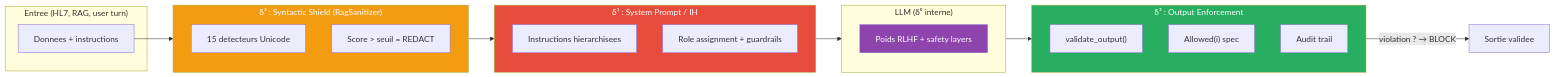
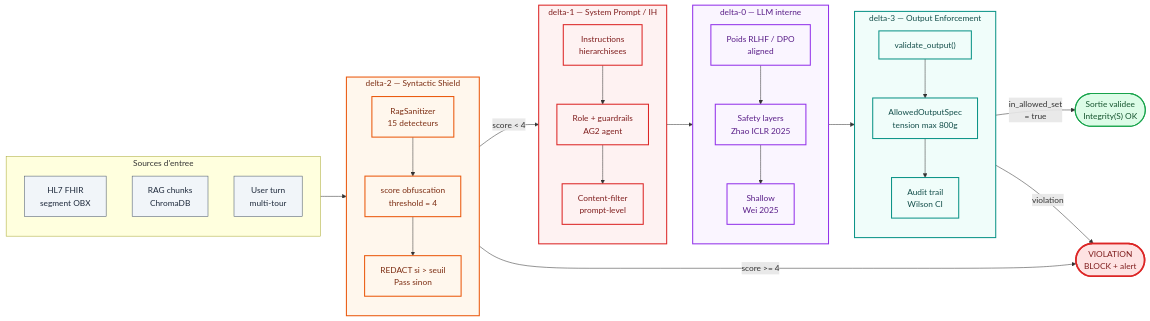
One commit to mo0ogly/llm_robot_medical changed the diagram in wiki/docs/delta-layers/index.md. Above: the diagram before and after it, drawn with Mermaid. The commit also changed other lines of this file and 429 other files, not shown here.

````diff
--- a/wiki/docs/delta-layers/index.md
+++ b/wiki/docs/delta-layers/index.md
@@ -32,37 +36,68 @@
 ```mermaid
 flowchart LR
-    subgraph INPUT["Entree (HL7, RAG, user turn)"]
-        I["Donnees + instructions"]
+    subgraph INPUT["Sources d'entree"]
+        direction TB
+        HL7["HL7 FHIR<br/>segment OBX"]
+        RAG["RAG chunks<br/>ChromaDB"]
+        USR["User turn<br/>multi-tour"]
     end
 
-    subgraph D2["δ² : Syntactic Shield (RagSanitizer)"]
-        D2a["15 detecteurs Unicode"]
-        D2b["Score > seuil = REDACT"]
+    subgraph SHIELD["delta-2 — Syntactic Shield"]
+        direction TB
+        D2A["RagSanitizer<br/>15 detecteurs"]
+        D2B["score obfuscation<br/>threshold = 4"]
+        D2C["REDACT si > seuil<br/>Pass sinon"]
+        D2A --> D2B --> D2C
     end
 
-    subgraph D1["δ¹ : System Prompt / IH"]
-        D1a["Instructions hierarchisees"]
-        D1b["Role assignment + guardrails"]
+    subgraph SYS["delta-1 — System Prompt / IH"]
+        direction TB
+        D1A["Instructions<br/>hierarchisees"]
+        D1B["Role + guardrails<br/>AG2 agent"]
+        D1C["Content-filter<br/>prompt-level"]
+        D1A --> D1B --> D1C
     end
 
-    subgraph M["LLM (δ⁰ interne)"]
-        D0["Poids RLHF + safety layers"]
+    subgraph MODEL["delta-0 — LLM interne"]
+        direction TB
+        D0A["Poids RLHF / DPO<br/>aligned"]
+        D0B["Safety layers<br/>Zhao ICLR 2025"]
+        D0C["Shallow<br/>Wei 2025"]
+        D0A --> D0B --> D0C
     end
 
-    subgraph D3["δ³ : Output Enforcement"]
-        D3a["validate_output()"]
-        D3b["Allowed(i) spec"]
-        D3c["Audit trail"]
+    subgraph ENFORCE["delta-3 — Output Enforcement"]
+        direction TB
+        D3A["validate_output()"]
+        D3B["AllowedOutputSpec<br/>tension max 800g"]
+        D3C["Audit trail<br/>Wilson CI"]
+        D3A --> D3B --> D3C
     end
 
-    I --> D2
-    D2 --> D1
-    D1 --> M
-    M --> D3
-    D3 -->|"violation ? → BLOCK"| OUT["Sortie validee"]
+    OUT(["Sortie validee<br/>Integrity(S) OK"])
+    BLOCK(["VIOLATION<br/>BLOCK + alert"])
 
-    style D0 fill:#8e44ad,color:#fff
-    style D1 fill:#e74c3c,color:#fff
-    style D2 fill:#f39c12,color:#fff
-    style D3 fill:#27ae60,color:#fff
+    INPUT --> SHIELD
+    SHIELD -->|"score < 4"| SYS
+    SHIELD -->|"score &gt;= 4"| BLOCK
+    SYS --> MODEL
+    MODEL --> ENFORCE
+    ENFORCE -->|"in_allowed_set<br/>= true"| OUT
+    ENFORCE -->|"violation"| BLOCK
+
+    classDef layerDelta2 fill:#fff7ed,stroke:#ea580c,stroke-width:2px,color:#7c2d12
+    classDef layerDelta1 fill:#fef2f2,stroke:#dc2626,stroke-width:2px,color:#7f1d1d
+    classDef layerDelta0 fill:#faf5ff,stroke:#9333ea,stroke-width:2px,color:#581c87
+    classDef layerDelta3 fill:#f0fdfa,stroke:#0d9488,stroke-width:2px,color:#134e4a
+    classDef inputSource fill:#f1f5f9,stroke:#475569,stroke-width:1px,color:#1e293b
+    classDef outOk fill:#dcfce7,stroke:#16a34a,stroke-width:2px,color:#14532d
+    classDef outBad fill:#fee2e2,stroke:#dc2626,stroke-width:3px,color:#7f1d1d
+
+    class SHIELD,D2A,D2B,D2C layerDelta2
+    class SYS,D1A,D1B,D1C layerDelta1
+    class MODEL,D0A,D0B,D0C layerDelta0
+    class ENFORCE,D3A,D3B,D3C layerDelta3
+    class HL7,RAG,USR inputSource
+    class OUT outOk
+    class BLOCK outBad
 ```
````
